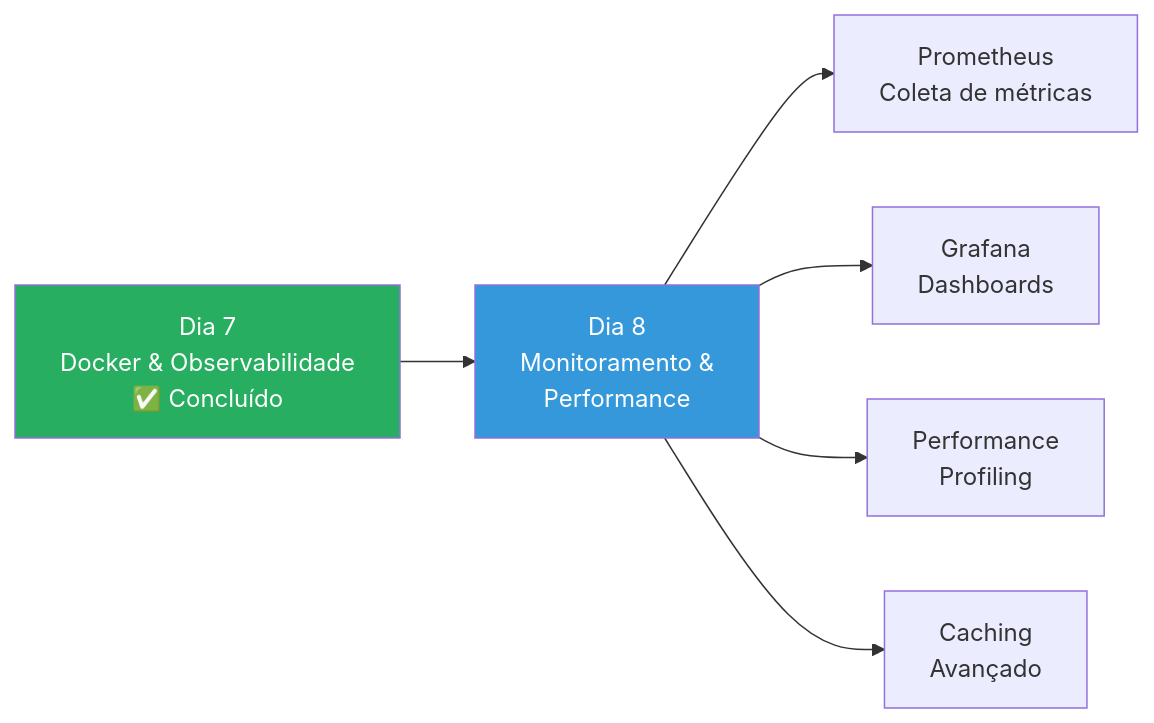
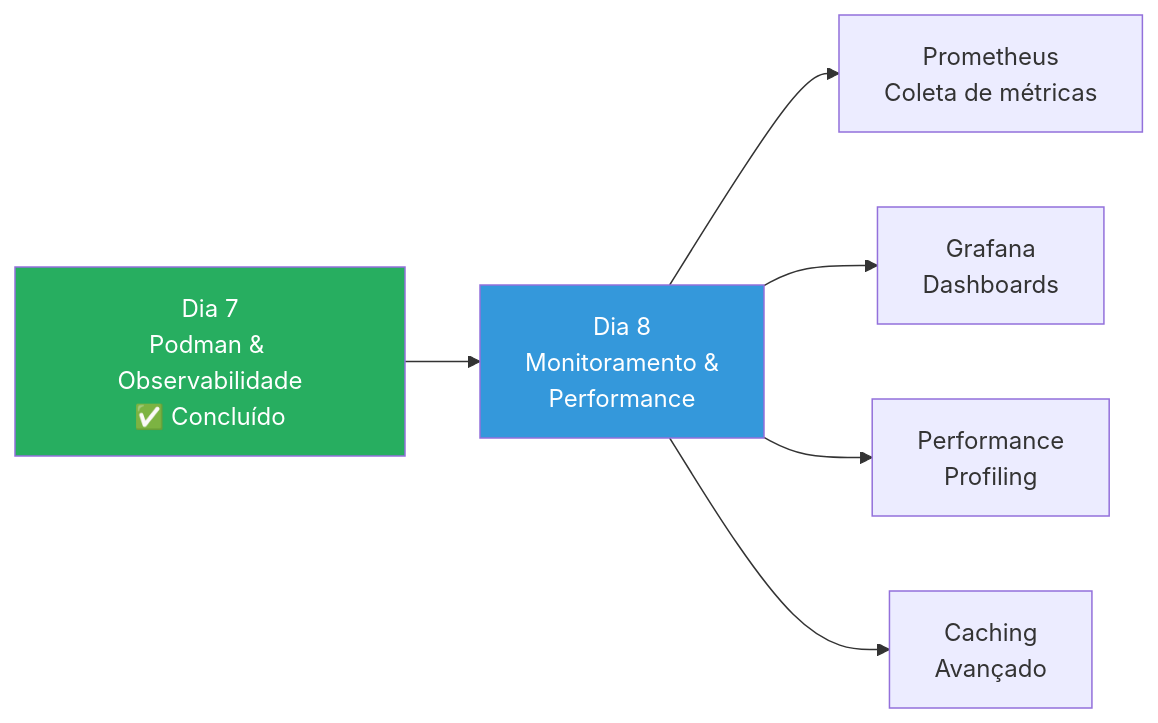
The third of 3 diagrams in dia-07/slide-16.md (deusemarjunior/trein-java-intermed), drawn with Mermaid before and after one commit. The commit also changed other lines of this file and 100 other files, not shown here.

Commit message:
removendo docker adicionando podman

````diff
--- a/dia-07/slide-16.md
+++ b/dia-07/slide-16.md
@@ -151,12 +151,12 @@
 ```mermaid
 graph LR
-    D7["Dia 7<br/>Docker & Observabilidade<br/>✅ Concluído"] --> D8["Dia 8<br/>Monitoramento &<br/>Performance"]
+    D7["Dia 7<br/>Podman & Observabilidade<br/>✅ Concluído"] --> D8["Dia 8<br/>Monitoramento &<br/>Performance"]
 
     D8 --> T1["Prometheus<br/>Coleta de métricas"]
     D8 --> T2["Grafana<br/>Dashboards"]
     D8 --> T3["Performance<br/>Profiling"]
     D8 --> T4["Caching<br/>Avançado"]
 
     style D7 fill:#27ae60,color:#fff
     style D8 fill:#3498db,color:#fff
 ```
````
